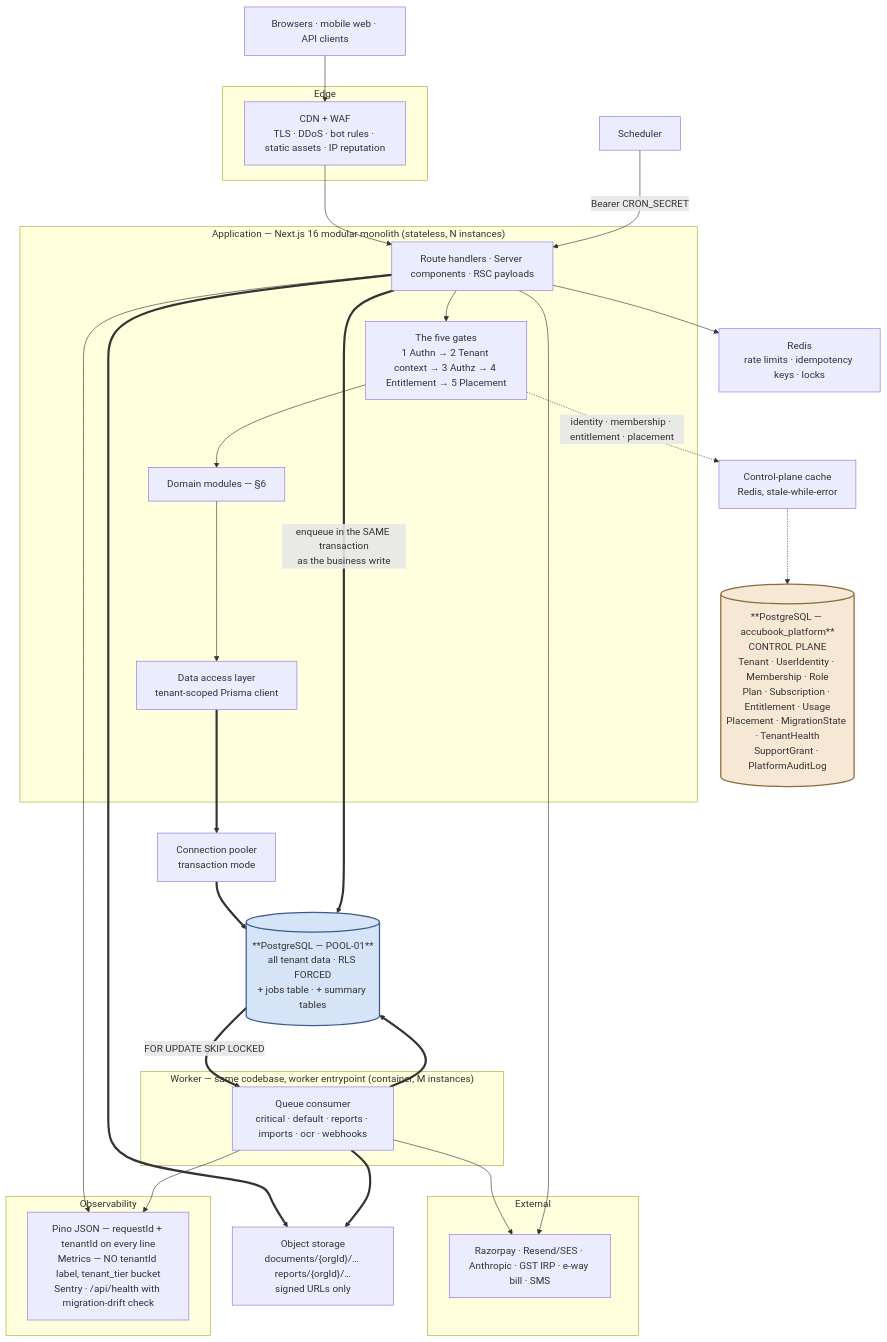
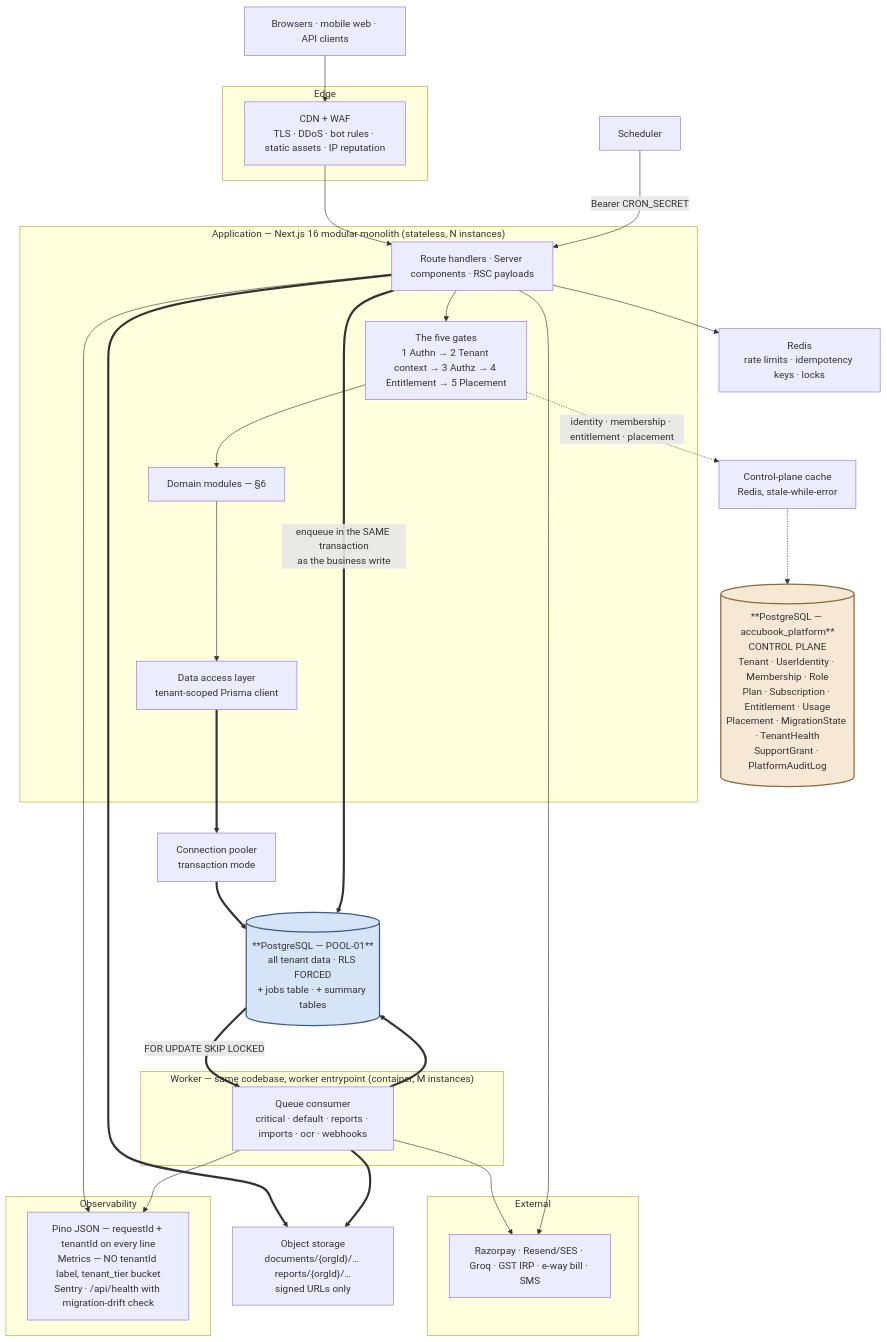
The fourth of 42 diagrams in docs/Architecture-Design.md (Tatu1984/accubook), drawn with Mermaid before and after one commit. The commit also changed other lines of this file and 1 other file, not shown here.

````diff
--- a/docs/Architecture-Design.md
+++ b/docs/Architecture-Design.md
@@ -365,54 +365,54 @@
 ```mermaid
 graph TB
     U["Browsers · mobile web · API clients"] --> EDGE
 
     subgraph EDGE_T["Edge"]
         EDGE["CDN + WAF<br/>TLS · DDoS · bot rules · static assets · IP reputation"]
     end
 
     EDGE --> APP
 
     subgraph APP_T["Application — Next.js 16 modular monolith (stateless, N instances)"]
         APP["Route handlers · Server components · RSC payloads"]
         GATE["The five gates<br/>1 Authn → 2 Tenant context → 3 Authz → 4 Entitlement → 5 Placement"]
         MOD["Domain modules — §6"]
         DAL["Data access layer<br/>tenant-scoped Prisma client"]
         APP --> GATE --> MOD --> DAL
     end
 
     DAL ==> POOLER["Connection pooler<br/>transaction mode"]
     POOLER ==> TDB[("**PostgreSQL — POOL-01**<br/>all tenant data · RLS FORCED<br/>+ jobs table · + summary tables")]
 
     GATE -.->|"identity · membership · entitlement · placement"| CPCACHE
     CPCACHE["Control-plane cache<br/>Redis, stale-while-error"] -.-> PDB
     PDB[("**PostgreSQL — accubook_platform**<br/>CONTROL PLANE<br/>Tenant · UserIdentity · Membership · Role<br/>Plan · Subscription · Entitlement · Usage<br/>Placement · MigrationState · TenantHealth<br/>SupportGrant · PlatformAuditLog")]
 
     APP --> RL["Redis<br/>rate limits · idempotency keys · locks"]
     APP ==> OBJ["Object storage<br/>documents/{orgId}/… reports/{orgId}/…<br/>signed URLs only"]
 
     APP ==>|"enqueue in the SAME transaction<br/>as the business write"| TDB
     TDB ==>|"FOR UPDATE SKIP LOCKED"| WRK
 
     subgraph WRK_T["Worker — same codebase, worker entrypoint (container, M instances)"]
         WRK["Queue consumer<br/>critical · default · reports · imports · ocr · webhooks"]
     end
 
     WRK ==> TDB
     WRK ==> OBJ
     WRK --> EXT
     APP --> EXT
 
     subgraph EXT_T["External"]
-        EXT["Razorpay · Resend/SES · Anthropic · GST IRP · e-way bill · SMS"]
+        EXT["Razorpay · Resend/SES · Groq · GST IRP · e-way bill · SMS"]
     end
 
     SCHED["Scheduler"] -->|"Bearer CRON_SECRET"| APP
     APP --> OBS
     WRK --> OBS
     subgraph OBS_T["Observability"]
         OBS["Pino JSON — requestId + tenantId on every line<br/>Metrics — NO tenantId label, tenant_tier bucket<br/>Sentry · /api/health with migration-drift check"]
     end
 
     style TDB fill:#d6e4f7,stroke:#3b5b8c,stroke-width:2px
     style PDB fill:#f7e8d6,stroke:#8c6a3b,stroke-width:2px
 ```
````
